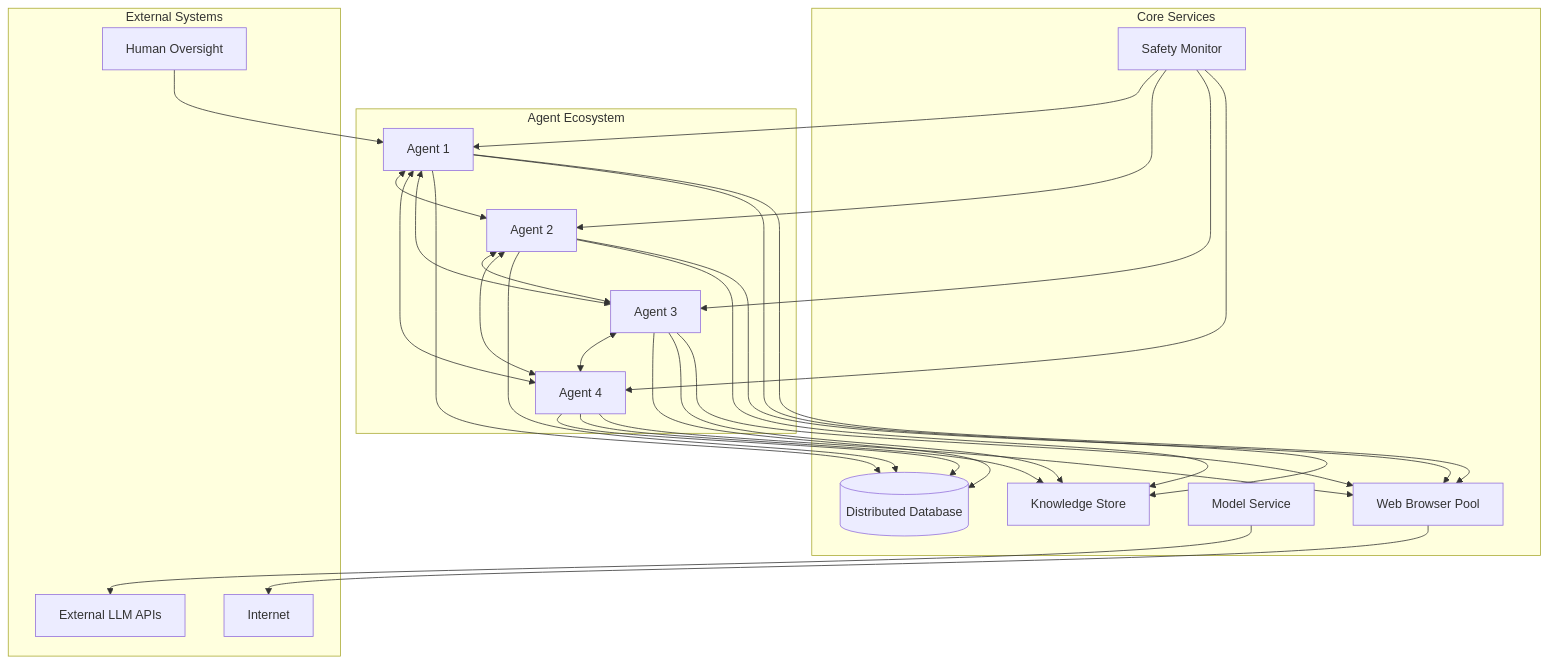
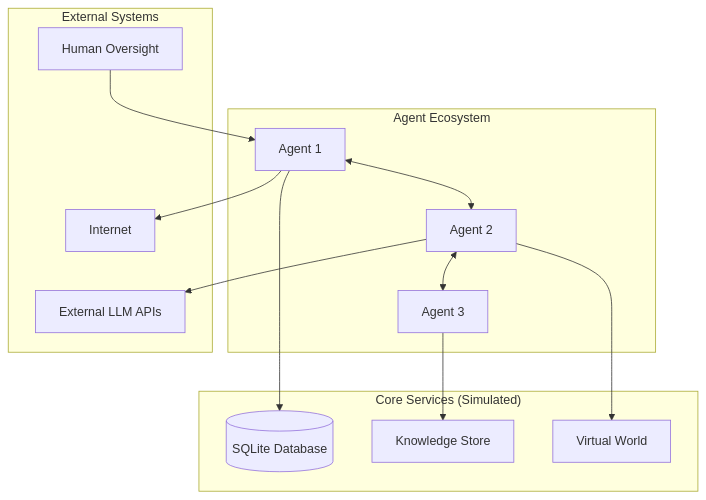
One commit to lanryweezy/agent-world changed the first of 2 diagrams in .kiro/specs/autonomous-ai-ecosystem/design.md. Above: the diagram before and after it, drawn with Mermaid. The commit also changed other lines of this file and 106 other files, not shown here.

````diff
--- a/.kiro/specs/autonomous-ai-ecosystem/design.md
+++ b/.kiro/specs/autonomous-ai-ecosystem/design.md
@@ -13,49 +17,26 @@
 ```mermaid
 graph TB
     subgraph "Agent Ecosystem"
         A1[Agent 1] <--> A2[Agent 2]
         A2 <--> A3[Agent 3]
-        A3 <--> A4[Agent 4]
-        A1 <--> A4
-        A1 <--> A3
-        A2 <--> A4
     end
     
-    subgraph "Core Services"
-        DB[(Distributed Database)]
+    subgraph "Core Services (Simulated)"
+        DB[(SQLite Database)]
         KS[Knowledge Store]
-        MS[Model Service]
-        WB[Web Browser Pool]
-        SM[Safety Monitor]
+        VW[Virtual World]
     end
     
     subgraph "External Systems"
         INT[Internet]
         LLM[External LLM APIs]
         USER[Human Oversight]
     end
     
     A1 --> DB
-    A2 --> DB
-    A3 --> DB
-    A4 --> DB
-    
-    A1 --> KS
-    A2 --> KS
+    A2 --> VW
     A3 --> KS
-    A4 --> KS
-    
-    A1 --> WB
-    A2 --> WB
-    A3 --> WB
-    A4 --> WB
-    
-    WB --> INT
-    MS --> LLM
+    A1 --> INT
+    A2 --> LLM
     USER --> A1
-    
-    SM --> A1
-    SM --> A2
-    SM --> A3
-    SM --> A4
 ```
````
